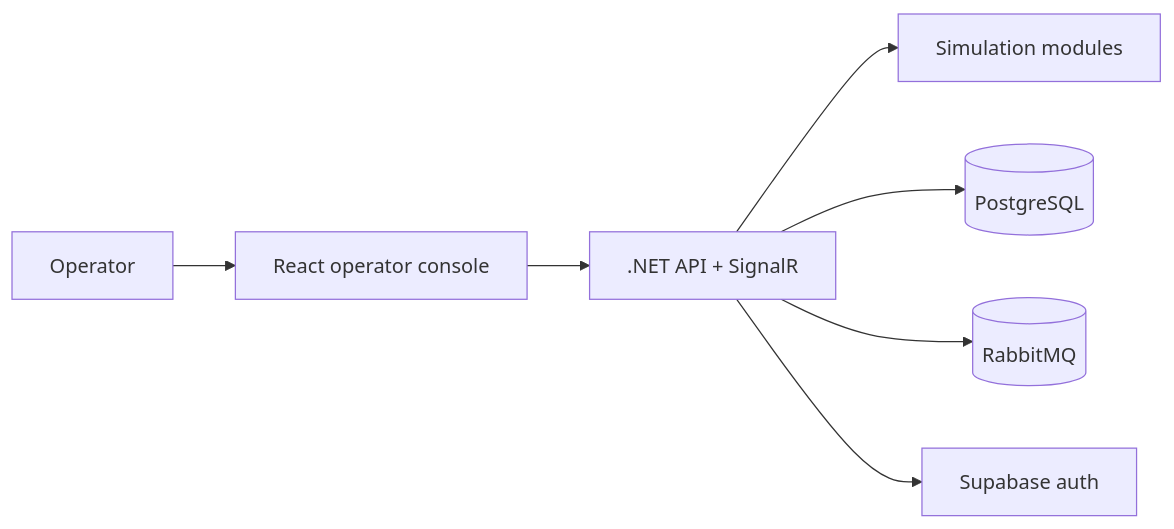
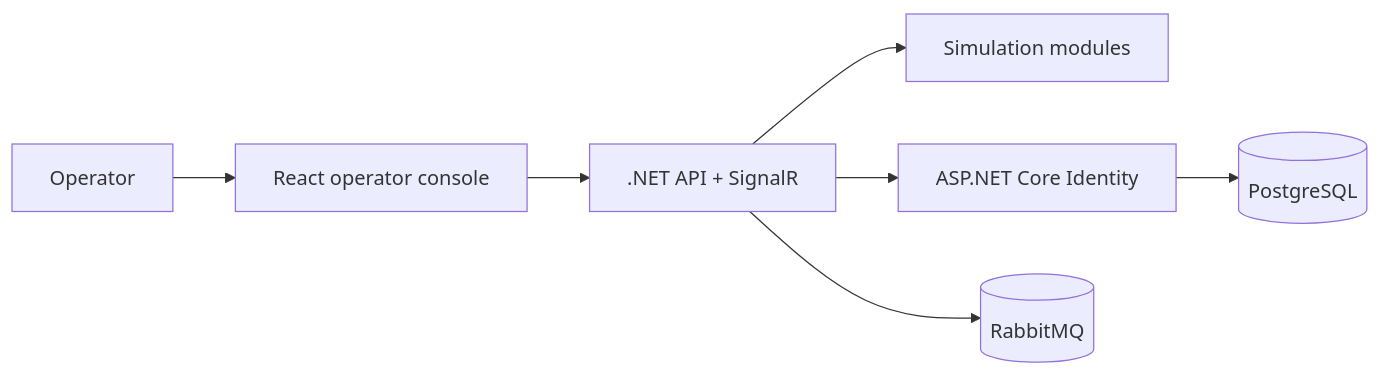
Before and after one commit to eddiegent/range-extended-ev-digital-twin: the diagram in docs/diagrams/context.md, drawn with Mermaid. The commit also changed 21 other files, not shown here.

Commit message:
Replace Supabase with .NET auth infrastructure

````diff
--- a/docs/diagrams/context.md
+++ b/docs/diagrams/context.md
@@ -3,9 +3,9 @@
 ```mermaid
 flowchart LR
     Operator[Operator] --> Frontend[React operator console]
     Frontend --> Api[.NET API + SignalR]
     Api --> Simulation[Simulation modules]
-    Api --> Postgres[(PostgreSQL)]
+    Api --> Identity[ASP.NET Core Identity]
+    Identity --> Postgres[(PostgreSQL)]
     Api --> RabbitMQ[(RabbitMQ)]
-    Api --> Supabase[Supabase auth]
 ```
````
